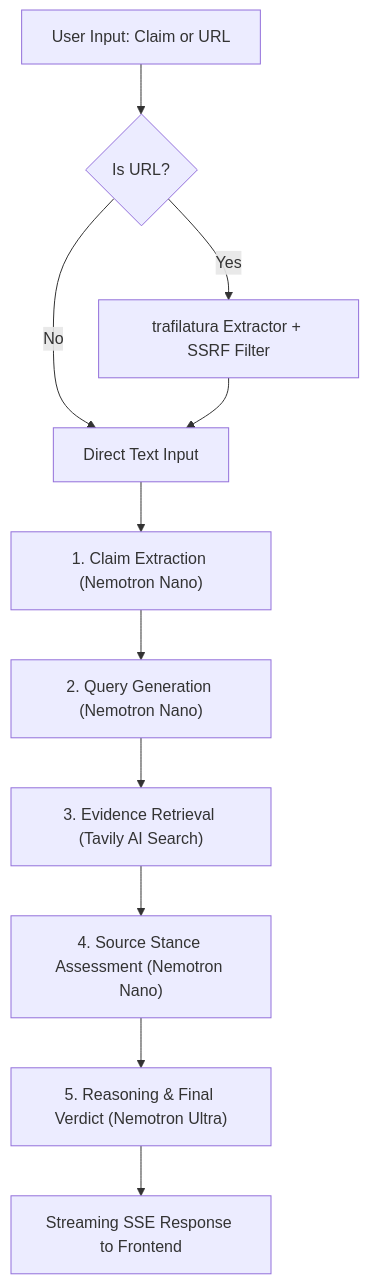
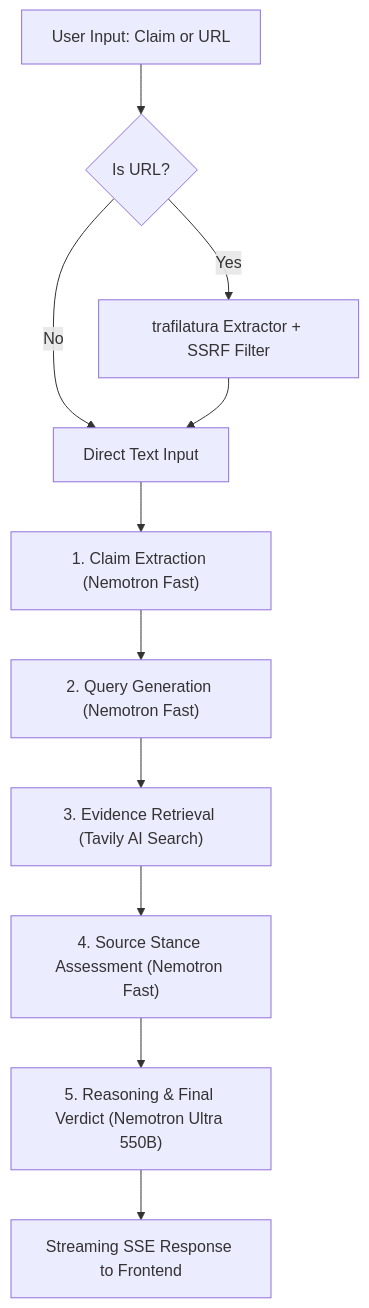
The diagram in README.md (amansheikh-techie/FactCheck_Radar), drawn with Mermaid before and after one commit. The commit also changed other lines of this file and 4 other files, not shown here.

````diff
--- a/README.md
+++ b/README.md
@@ -44,13 +48,13 @@
 ```mermaid
 graph TD
-    A[User Input: Claim or URL] --> B{Is URL?}
-    B -->|Yes| C[trafilatura Extractor + SSRF Filter]
-    B -->|No| D[Direct Text Input]
+    A["User Input: Claim or URL"] --> B{"Is URL?"}
+    B -->|Yes| C["trafilatura Extractor + SSRF Filter"]
+    B -->|No| D["Direct Text Input"]
     C --> D
-    D --> E["1. Claim Extraction (Nemotron Nano)"]
-    E --> F["2. Query Generation (Nemotron Nano)"]
+    D --> E["1. Claim Extraction (Nemotron Fast)"]
+    E --> F["2. Query Generation (Nemotron Fast)"]
     F --> G["3. Evidence Retrieval (Tavily AI Search)"]
-    G --> H["4. Source Stance Assessment (Nemotron Nano)"]
-    H --> I["5. Reasoning & Final Verdict (Nemotron Ultra)"]
-    I --> J[Streaming SSE Response to Frontend]
+    G --> H["4. Source Stance Assessment (Nemotron Fast)"]
+    H --> I["5. Reasoning & Final Verdict (Nemotron Ultra 550B)"]
+    I --> J["Streaming SSE Response to Frontend"]
 ```
````
